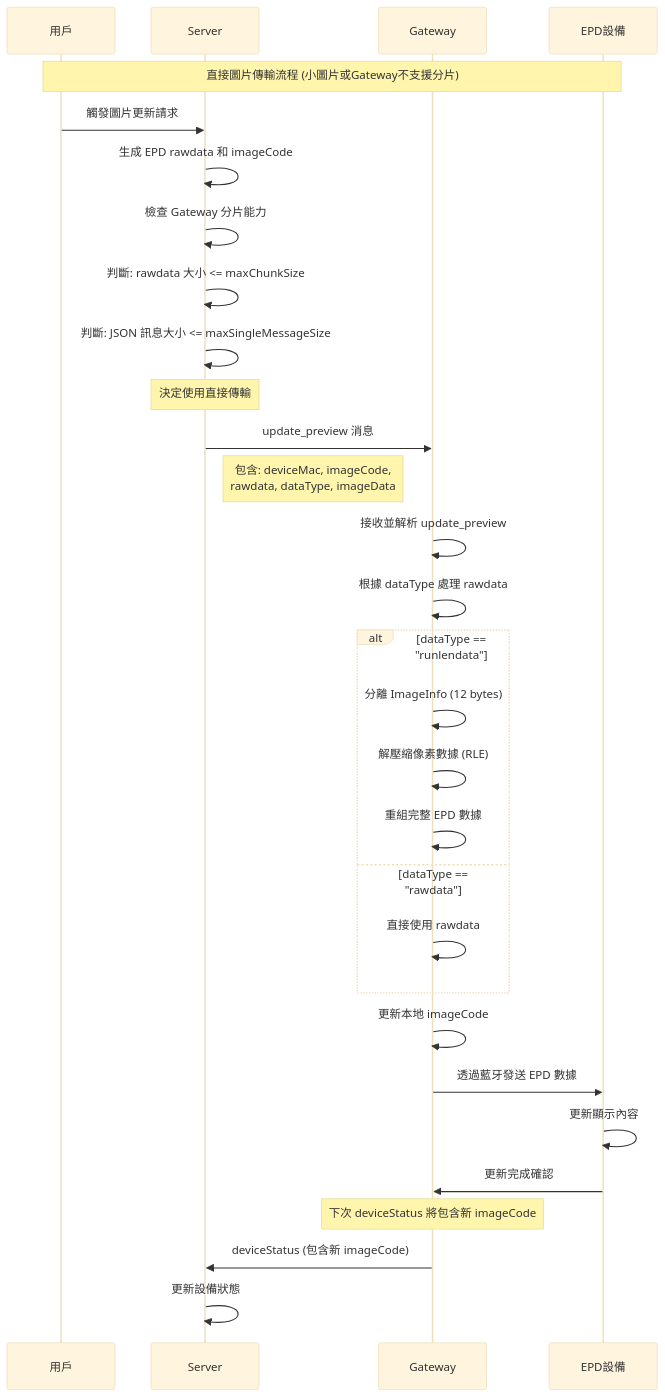
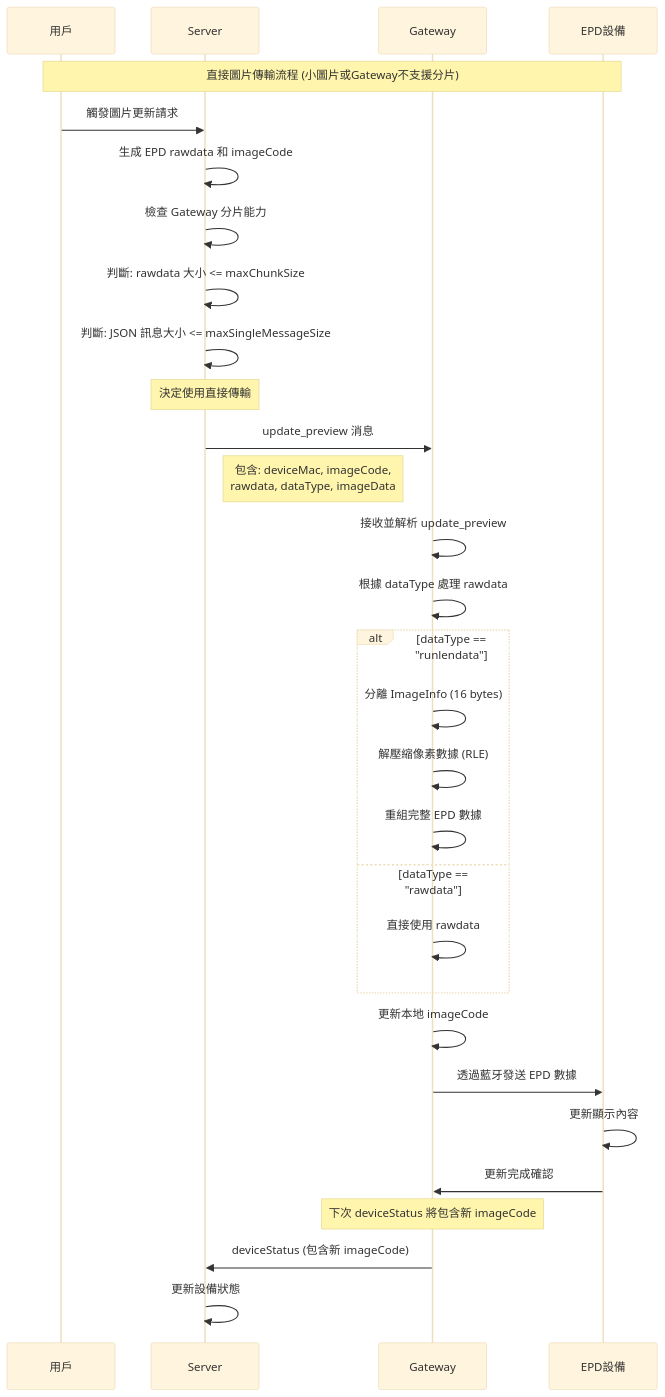
Before and after one commit to mikefd097021/epd-share-docs: the seventh of 12 diagrams in Gateway-Device-Implementation-Guide.md, drawn with Mermaid (base theme). The commit also changed other lines of this file, not shown here.

Commit message:
feat: Update Gateway/Device Implementation Guide with WebSocket login info encoding and decoding details

````diff
--- a/Gateway-Device-Implementation-Guide.md
+++ b/Gateway-Device-Implementation-Guide.md
@@ -1867,40 +2110,40 @@
 ```mermaid
 sequenceDiagram
     participant U as 用戶
     participant S as Server
     participant G as Gateway
     participant D as EPD設備
 
     Note over U,D: 直接圖片傳輸流程 (小圖片或Gateway不支援分片)
 
     U->>S: 觸發圖片更新請求
     S->>S: 生成 EPD rawdata 和 imageCode
     S->>S: 檢查 Gateway 分片能力
     S->>S: 判斷: rawdata 大小 <= maxChunkSize
     S->>S: 判斷: JSON 訊息大小 <= maxSingleMessageSize
 
     Note over S: 決定使用直接傳輸
 
     S->>G: update_preview 消息
     Note right of S: 包含: deviceMac, imageCode,<br/>rawdata, dataType, imageData
 
     G->>G: 接收並解析 update_preview
     G->>G: 根據 dataType 處理 rawdata
     alt dataType == "runlendata"
-        G->>G: 分離 ImageInfo (12 bytes)
+        G->>G: 分離 ImageInfo (16 bytes)
         G->>G: 解壓縮像素數據 (RLE)
         G->>G: 重組完整 EPD 數據
     else dataType == "rawdata"
         G->>G: 直接使用 rawdata
     end
 
     G->>G: 更新本地 imageCode
     G->>D: 透過藍牙發送 EPD 數據
     D->>D: 更新顯示內容
     D->>G: 更新完成確認
 
     Note over G: 下次 deviceStatus 將包含新 imageCode
 
     G->>S: deviceStatus (包含新 imageCode)
     S->>S: 更新設備狀態
 ```
````
